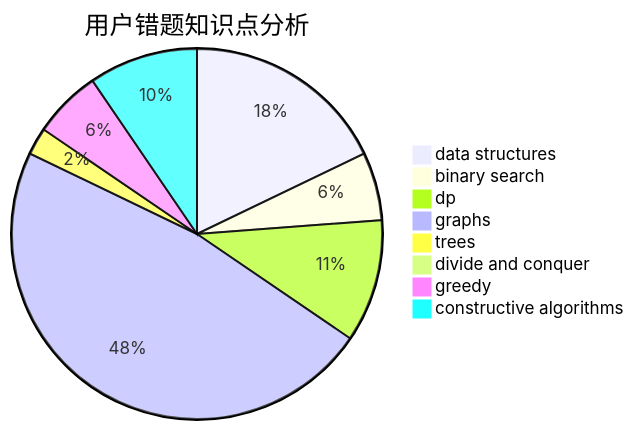
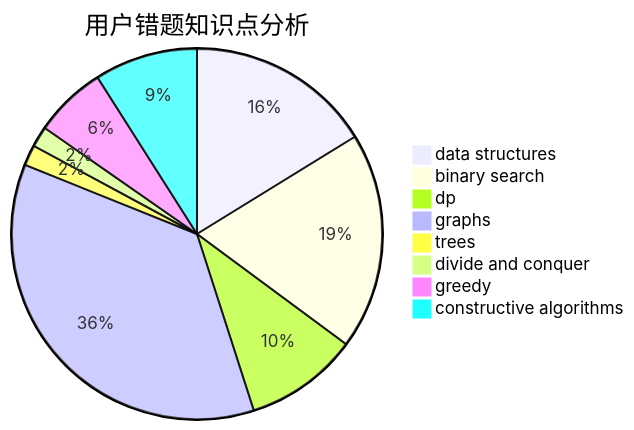
The third of 3 diagrams in docs/user/u1365.md (sherpahu/cfrs.github.io), drawn with Mermaid before and after one commit. The commit also changed other lines of this file and 2770 other files, not shown here.

````diff
--- a/docs/user/u1365.md
+++ b/docs/user/u1365.md
@@ -36,11 +36,11 @@
 ```mermaid
 pie title 用户错题知识点分析
-    "data structures" :  15
-    "binary search" :  5
-    "dp" :  9
+    "data structures" :  18
+    "binary search" :  21
+    "dp" :  11
     "graphs" :  40
     "trees" :  2
-    "divide and conquer" :  0
-    "greedy" :  5
-    "constructive algorithms" :  8
+    "divide and conquer" :  2
+    "greedy" :  7
+    "constructive algorithms" :  10
 ```
````
